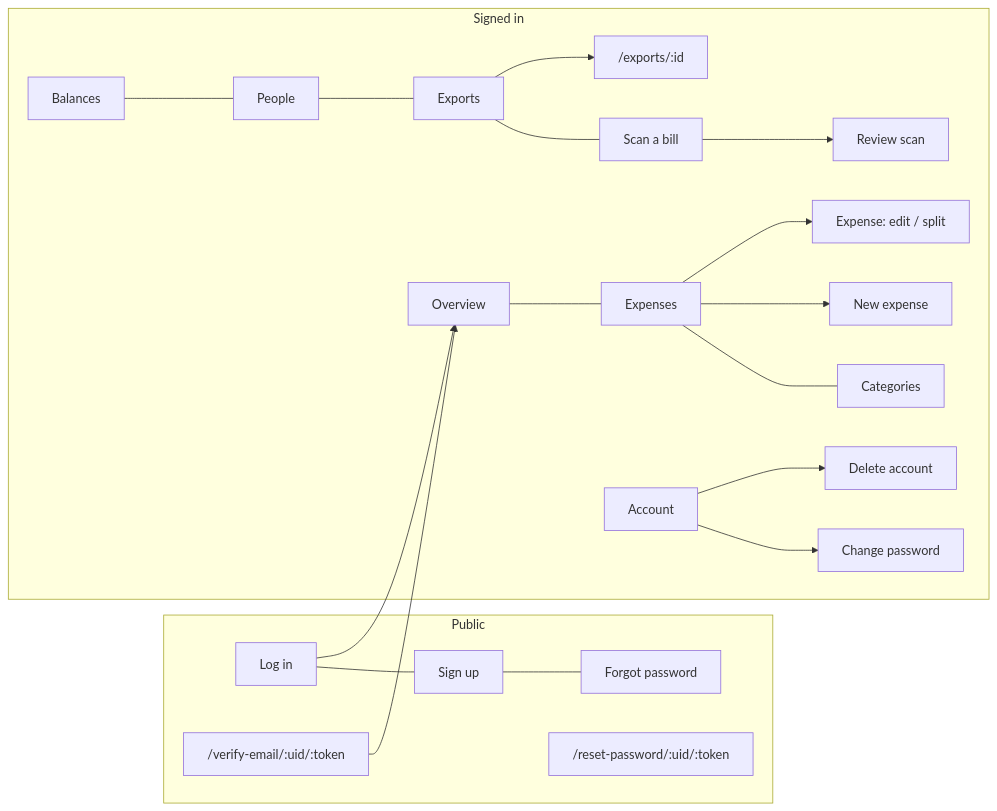
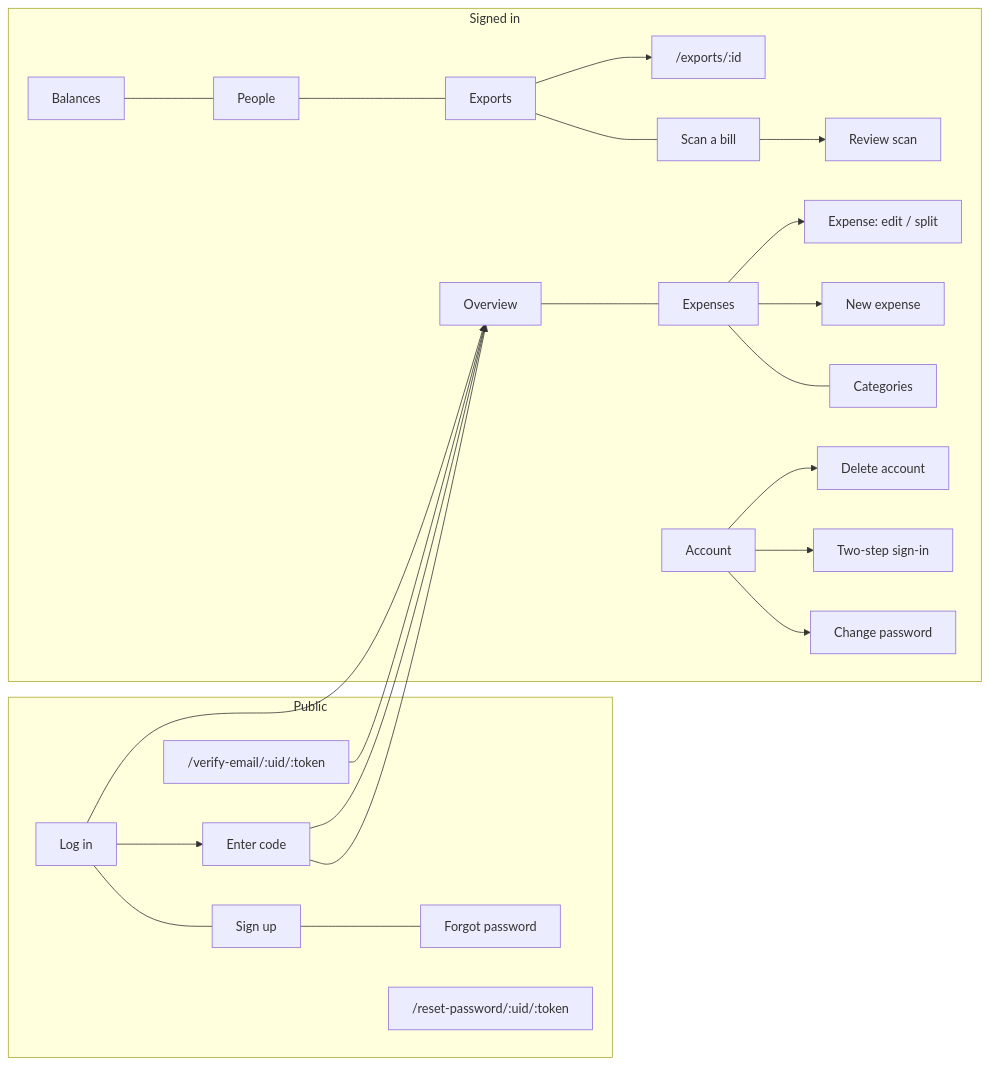
One commit to Vatsal-Kanojiya/expense_management changed the second of 3 diagrams in docs/frontend/BRD.md. Above: the diagram before and after it, drawn with Mermaid. The commit also changed other lines of this file and 2 other files, not shown here.

First line of the commit message:
Document two-step sign-in for the frontend, and tick it off the roadmap

````diff
--- a/docs/frontend/BRD.md
+++ b/docs/frontend/BRD.md
@@ -386,18 +397,22 @@
 ```mermaid
 flowchart LR
     subgraph Public
         L[Log in] --- S[Sign up] --- F[Forgot password]
         VE["/verify-email/:uid/:token"]
         RP["/reset-password/:uid/:token"]
+        LM[Enter code]
     end
     subgraph App["Signed in"]
         O[Overview] --- E[Expenses] --- C[Categories]
         B[Balances] --- P[People] --- X[Exports] --- SC[Scan a bill]
         E --> EN[New expense] & ED[Expense: edit / split]
         SC --> SR[Review scan]
         X --> XD["/exports/:id"]
-        A[Account] --> CP[Change password] & DA[Delete account]
+        A[Account] --> CP[Change password] & MF[Two-step sign-in] & DA[Delete account]
     end
+    L --> LM
+    LM --> O
     L --> O
     VE --> O
+    LM --> O
 ```
````
